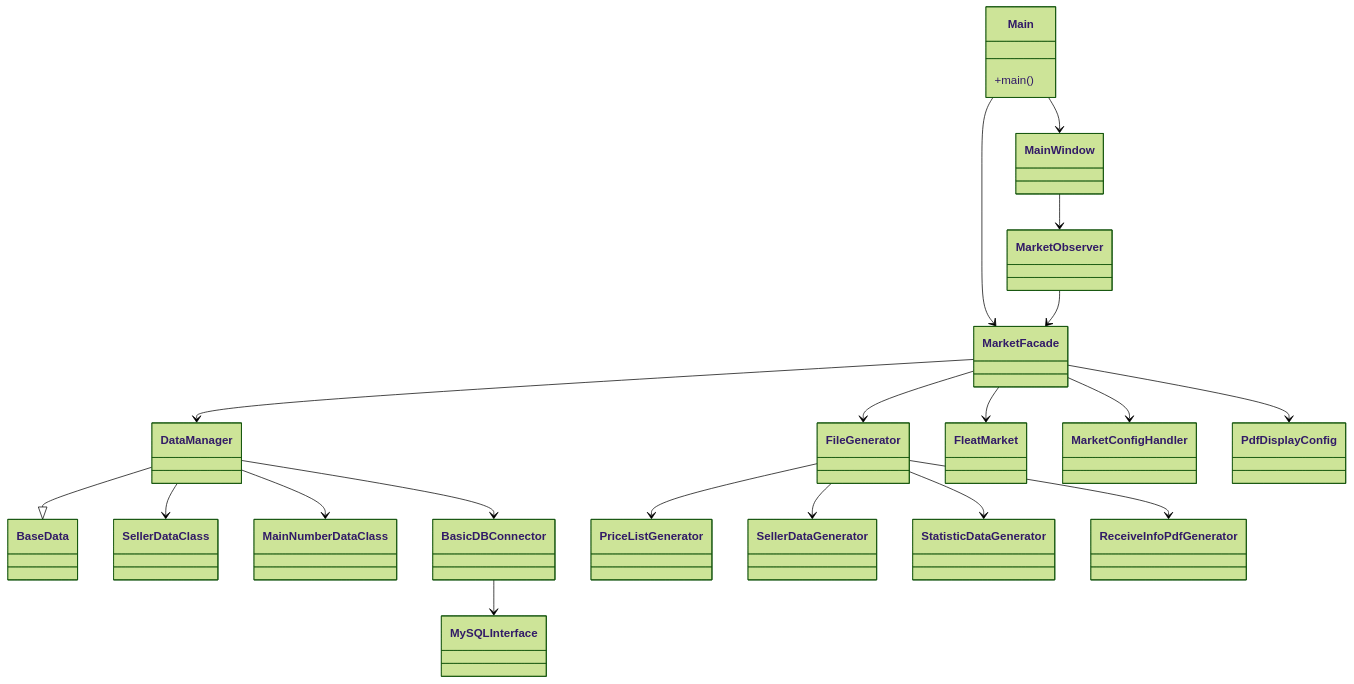
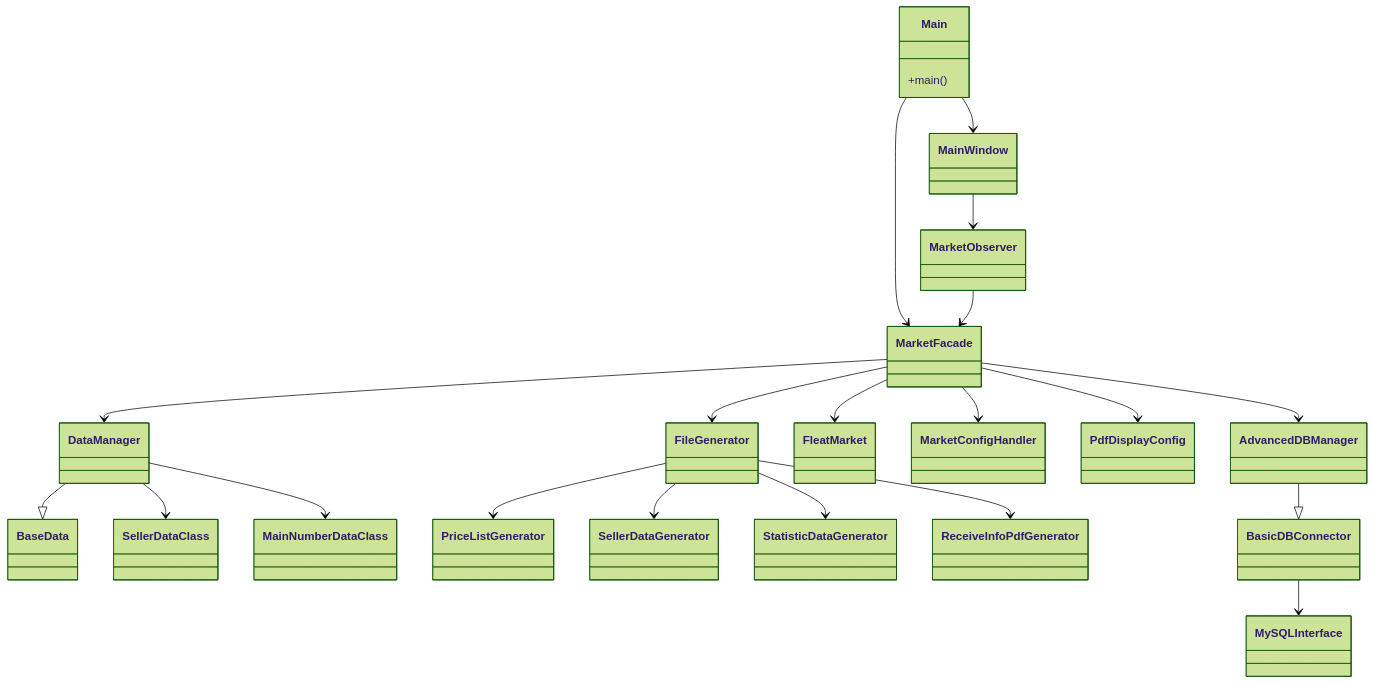
The diagram in architecture/uml_class_diagram.md (CodeName-666/VDataParser), drawn with Mermaid (forest theme) before and after one commit. The commit also changed 3 other files, not shown here.

Commit message:
update mermaid diagrams

````diff
--- a/architecture/uml_class_diagram.md
+++ b/architecture/uml_class_diagram.md
@@ -7,42 +7,44 @@
 ```mermaid
 classDiagram
     class Main {
         +main()
     }
     class MainWindow
     class MarketObserver
     class MarketFacade
     class MarketConfigHandler
     class PdfDisplayConfig
     class DataManager
     class BaseData
     class BasicDBConnector
+    class AdvancedDBManager
     class MySQLInterface
     class FileGenerator
     class PriceListGenerator
     class SellerDataGenerator
     class StatisticDataGenerator
     class ReceiveInfoPdfGenerator
     class FleatMarket
     class SellerDataClass
     class MainNumberDataClass
 
     Main --> MarketFacade
     Main --> MainWindow
     MainWindow --> MarketObserver
     MarketObserver --> MarketFacade
     MarketFacade --> DataManager
     MarketFacade --> FileGenerator
     MarketFacade --> FleatMarket
     MarketFacade --> MarketConfigHandler
     MarketFacade --> PdfDisplayConfig
     DataManager --|> BaseData
     DataManager --> SellerDataClass
     DataManager --> MainNumberDataClass
-    DataManager --> BasicDBConnector
+    MarketFacade --> AdvancedDBManager
+    AdvancedDBManager --|> BasicDBConnector
     BasicDBConnector --> MySQLInterface
     FileGenerator --> PriceListGenerator
     FileGenerator --> SellerDataGenerator
     FileGenerator --> StatisticDataGenerator
     FileGenerator --> ReceiveInfoPdfGenerator
 ```
````
